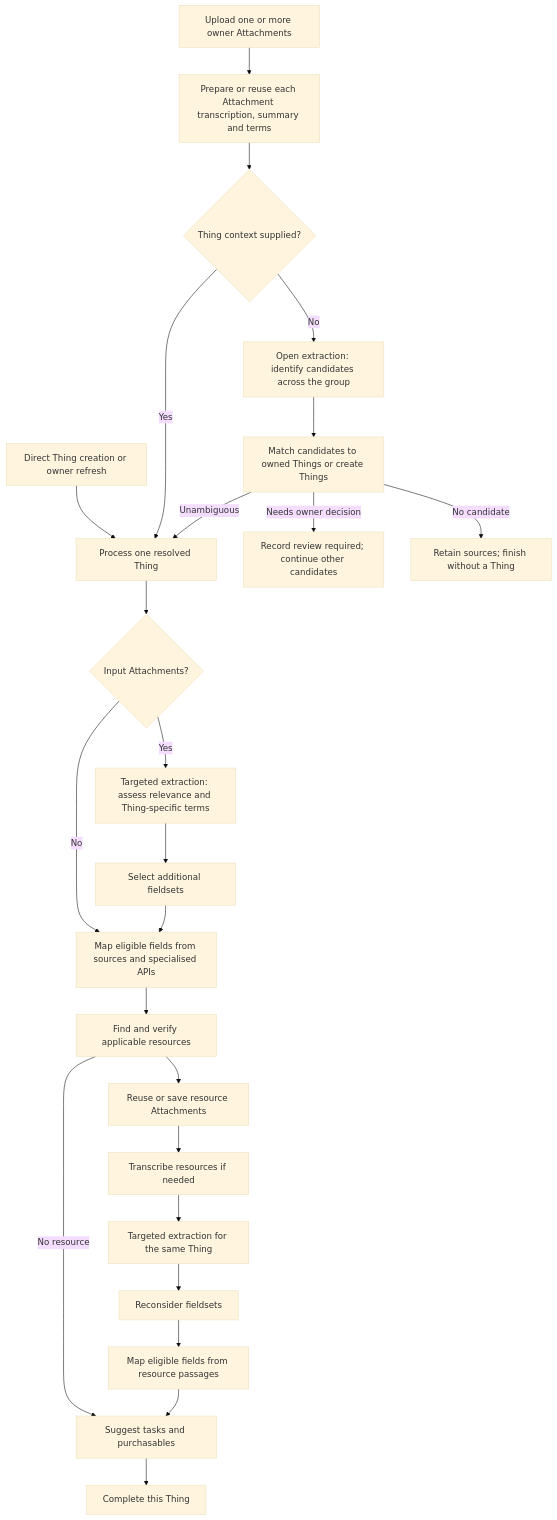
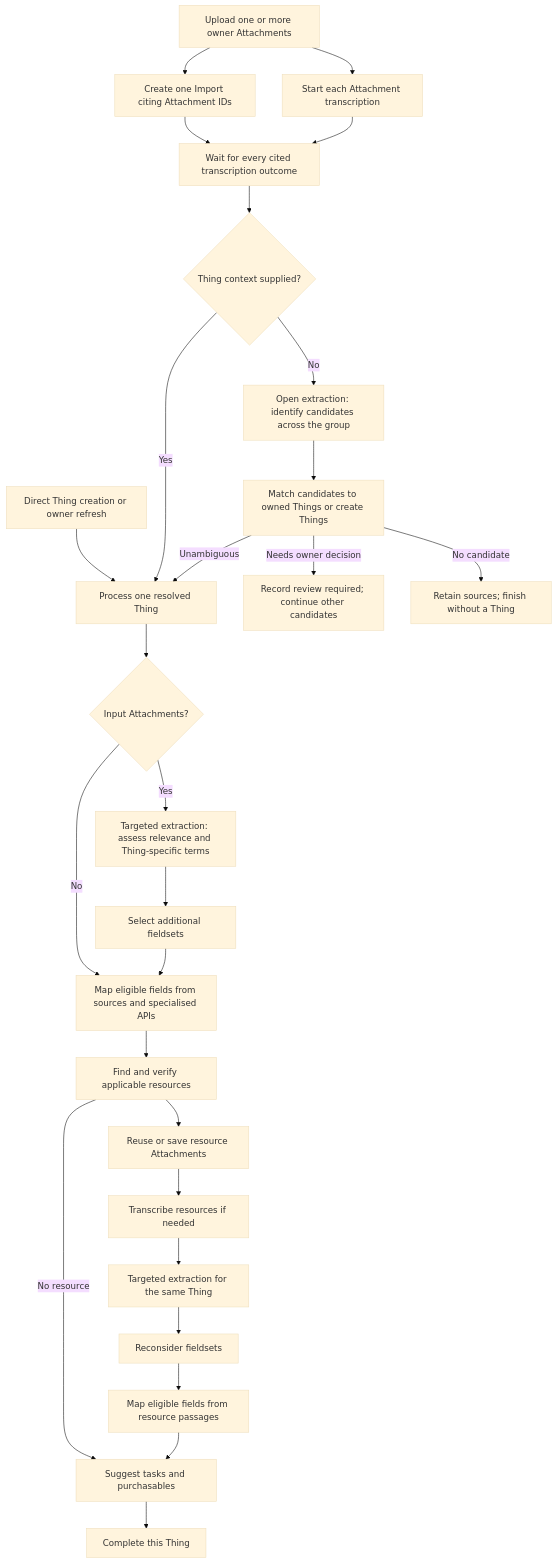
One commit to things-industries/boring-things changed the second of 2 diagrams in docs/plans/import-improvements.md. Above: the diagram before and after it, drawn with Mermaid (base theme). The commit also changed other lines of this file and 52 other files, not shown here.

Commit message:
feat(imports): process cited attachments in one import

````diff
--- a/docs/plans/import-improvements.md
+++ b/docs/plans/import-improvements.md
@@ -78,27 +78,30 @@
 ```mermaid
 flowchart TD
-    Upload["Upload one or more owner Attachments"] --> Prepare["Prepare or reuse each Attachment transcription, summary and terms"]
-    Prepare --> Context{"Thing context supplied?"}
+    Upload["Upload one or more owner Attachments"] --> Prepare["Start each Attachment transcription"]
+    Upload --> Submit["Create one Import citing Attachment IDs"]
+    Prepare --> Wait["Wait for every cited transcription outcome"]
+    Submit --> Wait
+    Wait --> Context{"Thing context supplied?"}
     Context -->|"No"| Open["Open extraction: identify candidates across the group"]
     Open --> Resolve["Match candidates to owned Things or create Things"]
     Resolve -->|"Unambiguous"| Target["Process one resolved Thing"]
     Resolve -->|"Needs owner decision"| Review["Record review required; continue other candidates"]
     Resolve -->|"No candidate"| NoTarget["Retain sources; finish without a Thing"]
     Context -->|"Yes"| Target
     Direct["Direct Thing creation or owner refresh"] --> Target
     Target --> Sources{"Input Attachments?"}
     Sources -->|"Yes"| Assess["Targeted extraction: assess relevance and Thing-specific terms"]
     Assess --> Sets["Select additional fieldsets"]
     Sets --> Map["Map eligible fields from sources and specialised APIs"]
     Sources -->|"No"| Map
     Map --> Discover["Find and verify applicable resources"]
     Discover --> Resource["Reuse or save resource Attachments"]
     Resource --> PrepareResource["Transcribe resources if needed"]
     PrepareResource --> ResourceAssess["Targeted extraction for the same Thing"]
     ResourceAssess --> ResourceSets["Reconsider fieldsets"]
     ResourceSets --> ResourceMap["Map eligible fields from resource passages"]
     ResourceMap --> Recommend["Suggest tasks and purchasables"]
     Discover -->|"No resource"| Recommend
     Recommend --> Complete
     Complete["Complete this Thing"]
 ```
````
